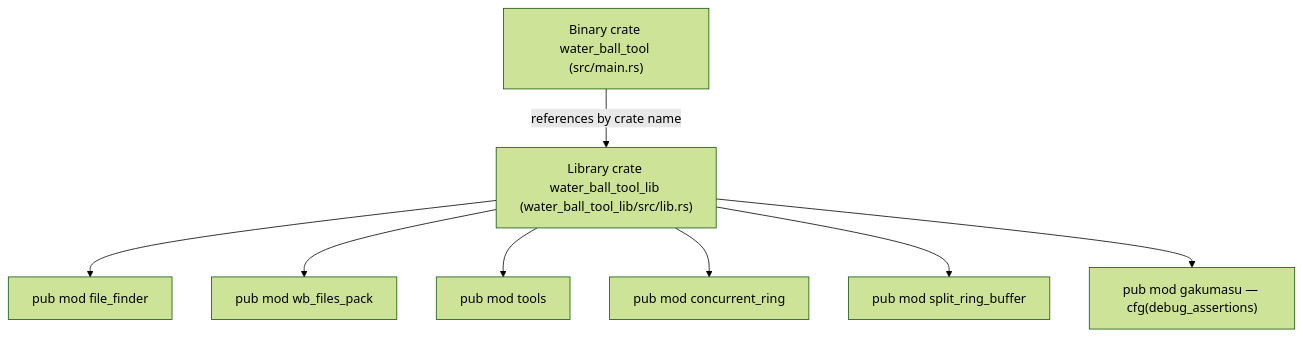
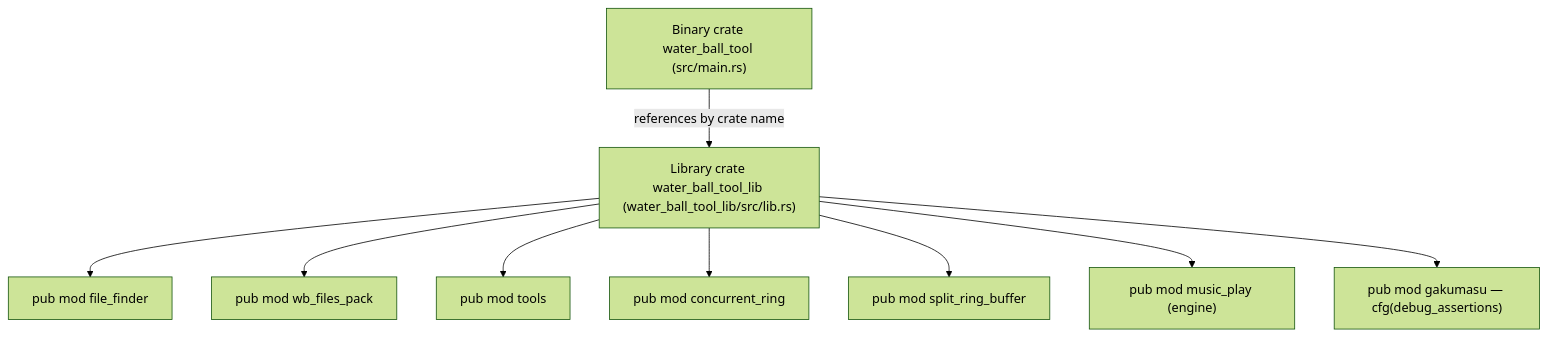
The first of 9 diagrams in ARCHITECTURE.md (WaterBall20/water_ball_tool), drawn with Mermaid (forest theme) before and after one commit. The commit also changed other lines of this file and 33 other files, not shown here.

````diff
--- a/ARCHITECTURE.md
+++ b/ARCHITECTURE.md
@@ -142,18 +145,20 @@
 ```mermaid
 flowchart TD
     bin["Binary crate water_ball_tool (src/main.rs)"]
     lib["Library crate water_ball_tool_lib (water_ball_tool_lib/src/lib.rs)"]
     ffm["pub mod file_finder"]
     wbm["pub mod wb_files_pack"]
     tm["pub mod tools"]
     crm["pub mod concurrent_ring"]
     srm["pub mod split_ring_buffer"]
+    mpm["pub mod music_play (engine)"]
     gm["pub mod gakumasu — cfg(debug_assertions)"]
     bin -->|references by crate name| lib
     lib --> ffm
     lib --> wbm
     lib --> tm
     lib --> crm
     lib --> srm
+    lib --> mpm
     lib --> gm
 ```
````
